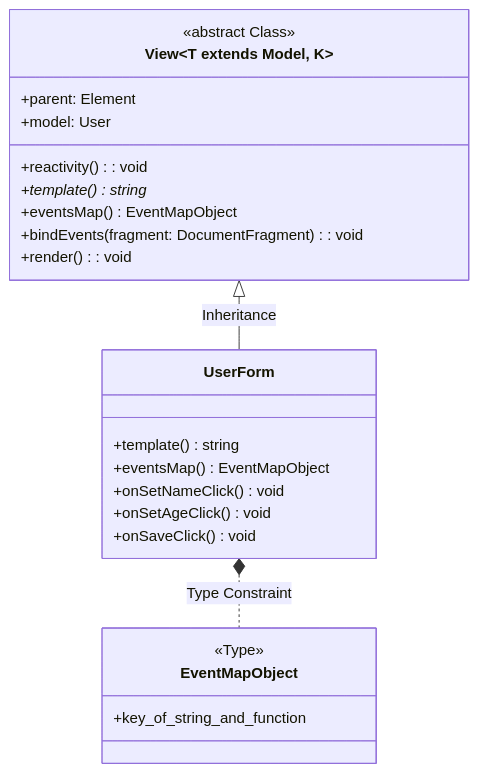
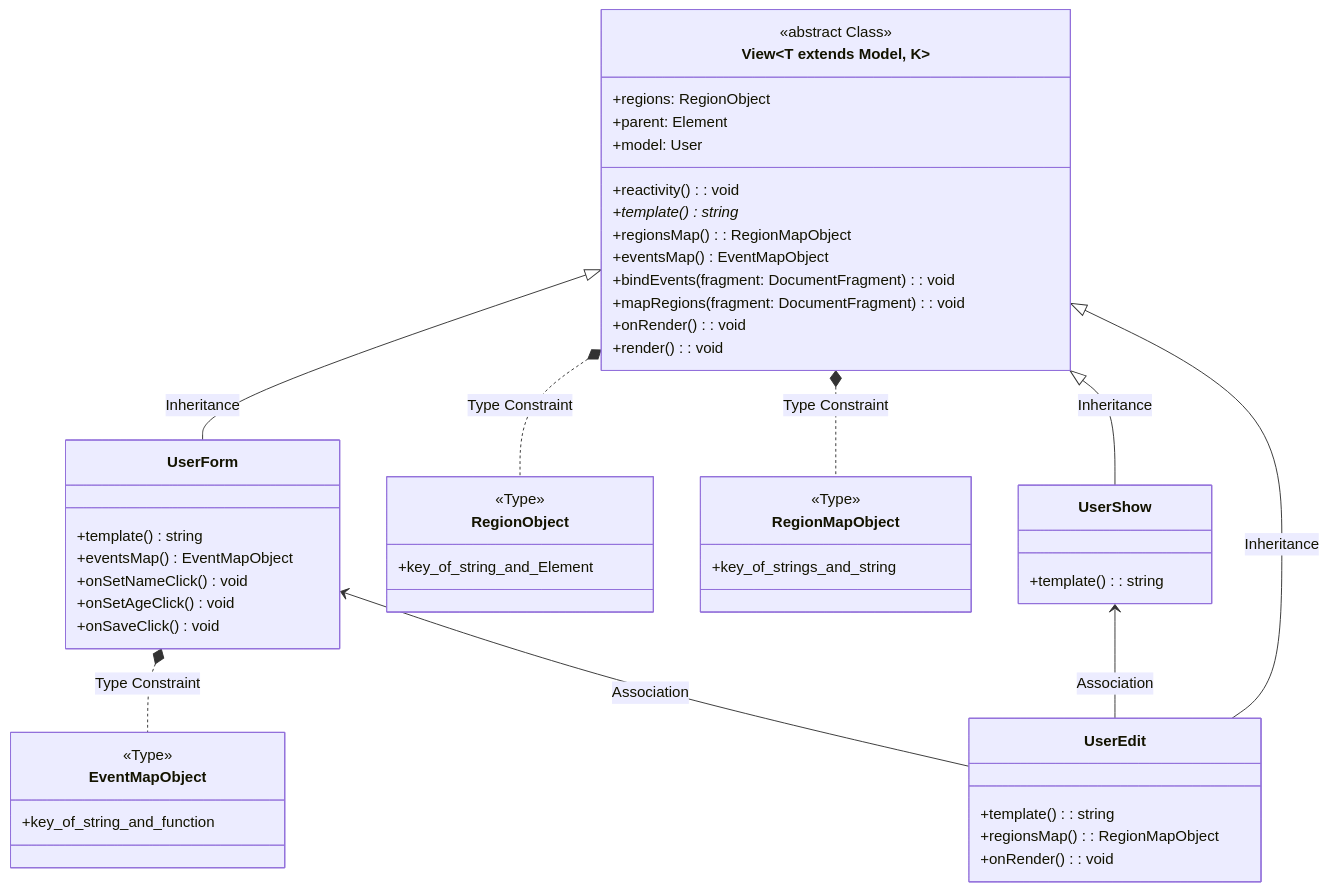
Before and after one commit to frzhen/typescript-web-framework: the third of 3 diagrams in README.md, drawn with Mermaid.

Commit message:
Updated README for Nested View

````diff
--- a/README.md
+++ b/README.md
@@ -204,26 +204,52 @@
 ```mermaid
    classDiagram
    class View~T extends Model, K~ {
    <<abstract Class>>
+   +regions: RegionObject
    +parent: Element
    +model: User
    +reactivity(): void
    +template()* string
+   +regionsMap(): RegionMapObject
    +eventsMap() EventMapObject
    +bindEvents(fragment: DocumentFragment): void
+   +mapRegions(fragment: DocumentFragment): void
+   +onRender(): void
    +render(): void
    }
    View <|-- UserForm: Inheritance
    class UserForm{
    +template() string
    +eventsMap() EventMapObject
    +onSetNameClick() void
    +onSetAgeClick() void
    +onSaveClick() void
    }
    class EventMapObject {
    <<Type>>
    +key_of_string_and_function
    }
    UserForm *.. EventMapObject: Type Constraint
+   class RegionObject {
+   <<Type>>
+   +key_of_string_and_Element
+   }
+   View *.. RegionObject: Type Constraint
+   class RegionMapObject {
+   <<Type>>
+   +key_of_strings_and_string
+   }
+   View *.. RegionMapObject: Type Constraint
+   class UserShow {
+   +template(): string
+   }
+   View <|-- UserShow: Inheritance
+   class UserEdit {
+   +template(): string
+   +regionsMap(): RegionMapObject
+   +onRender(): void
+   }
+   View <|-- UserEdit: Inheritance
+   UserShow <-- UserEdit: Association
+   UserForm <-- UserEdit: Association
 ```
````
